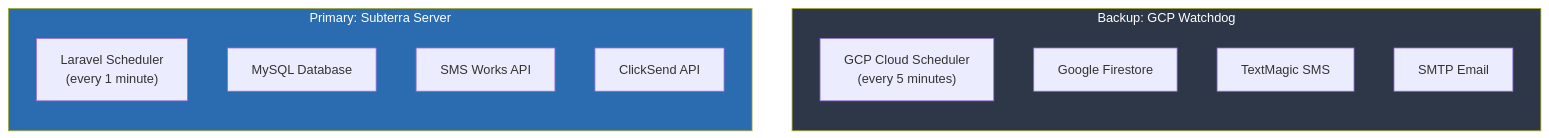
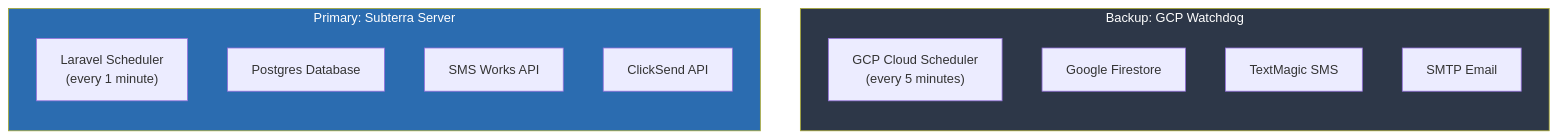
One commit to paperclipmonkey/subterra changed the sixth of 8 diagrams in docs/callout-system.md. Above: the diagram before and after it, drawn with Mermaid. The commit also changed other lines of this file, not shown here.

````diff
--- a/docs/callout-system.md
+++ b/docs/callout-system.md
@@ -225,23 +225,23 @@
 ```mermaid
 flowchart LR
     subgraph Primary["Primary: Subterra Server"]
         direction TB
         P1["Laravel Scheduler<br/>(every 1 minute)"]
-        P2["MySQL Database"]
+        P2["Postgres Database"]
         P3["SMS Works API"]
         P4["ClickSend API"]
     end
 
     subgraph Backup["Backup: GCP Watchdog"]
         direction TB
         B1["GCP Cloud Scheduler<br/>(every 5 minutes)"]
         B2["Google Firestore"]
         B3["TextMagic SMS"]
         B4["SMTP Email"]
     end
 
     Primary ~~~ Backup
 
     style Primary fill:#2b6cb0,color:#fff
     style Backup fill:#2d3748,color:#fff
 ```
````
